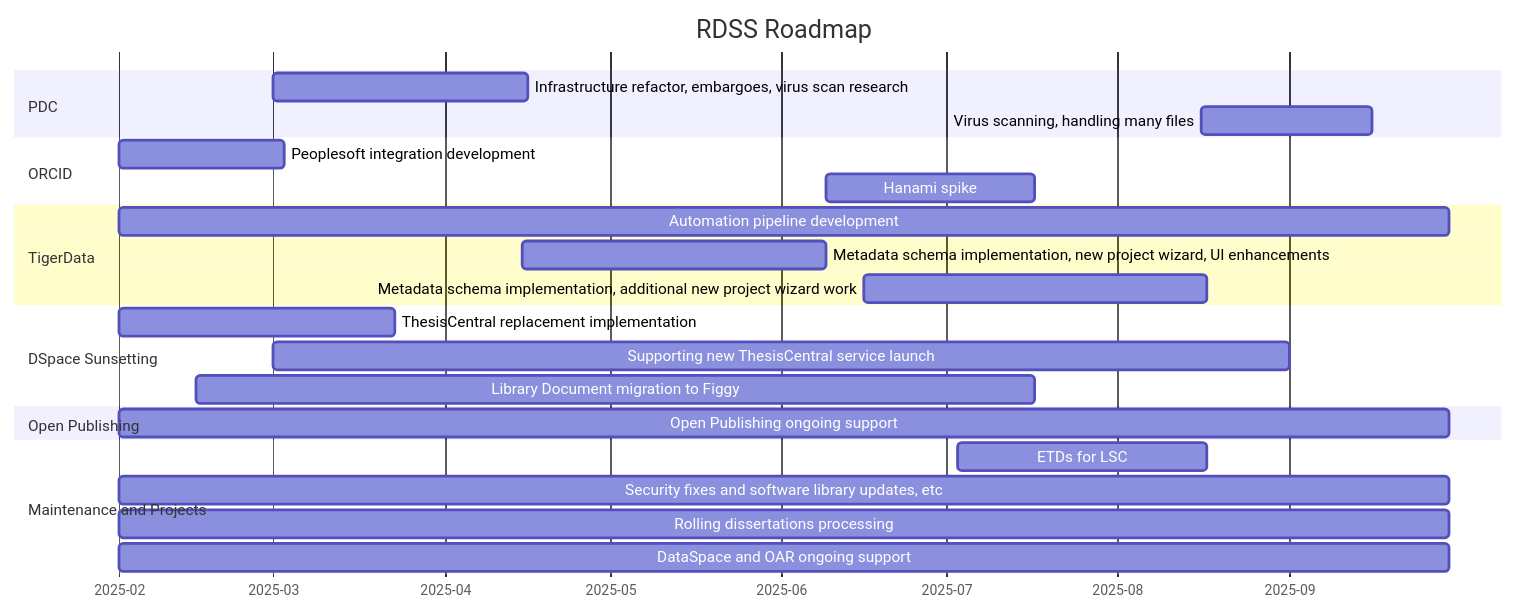
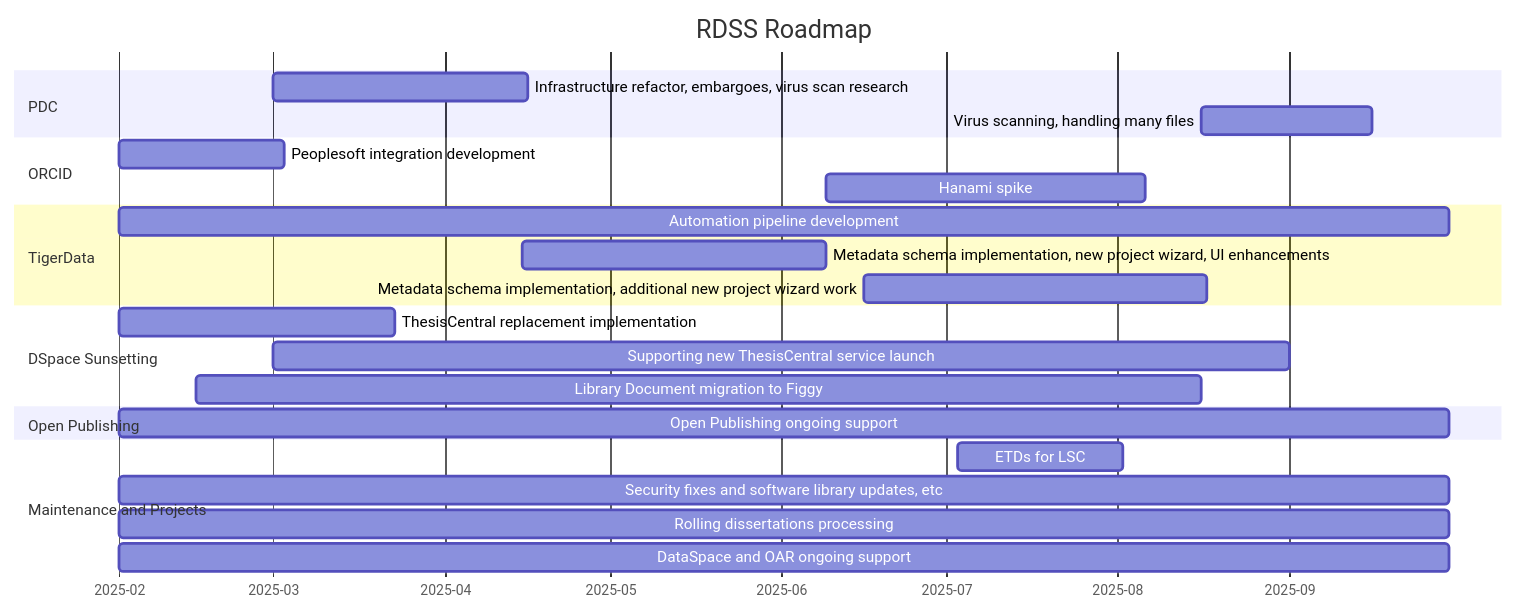
Before and after one commit to pulibrary/rdss-handbook: the diagram in roadmap.md, drawn with Mermaid. The commit also changed 1 other file, not shown here.

Commit message:
Updated roadmap and ORCID@Princeton entries

````diff
--- a/roadmap.md
+++ b/roadmap.md
@@ -5,27 +5,27 @@
 ```mermaid
 gantt
     title RDSS Roadmap
     axisFormat  %Y-%m
     dateformat YYYY-MM
     section PDC
     Infrastructure refactor, embargoes, virus scan research: pd3, 2025-03-01, 46d
     Virus scanning, handling many files: pd5, 2025-08-16, 31d
     section ORCID
     Peoplesoft integration development: or1,2025-02-01,30d
-    Hanami spike: 2025-06-09, 38d
+    Hanami spike: 2025-06-09, 58d
     section TigerData
     Automation pipeline development: td3,2025-02-01,241d 
     Metadata schema implementation, new project wizard, UI enhancements: td4, 2025-04-15,55d
     Metadata schema implementation, additional new project wizard work: td5, 2025-06-16,62d
     section DSpace Sunsetting
     ThesisCentral replacement implementation: dsps1,2025-02-01,50d
     Supporting new ThesisCentral service launch: dsps2,2025-03-01,184d
-    Library Document migration to Figgy: dsps3,2025-02-15,152d
+    Library Document migration to Figgy: dsps3,2025-02-15,182d
     section Open Publishing
     Open Publishing ongoing support: dsp3,2025-02-01,241d
     section Maintenance and Projects
-    ETDs for LSC: 2025-07-03,45d
+    ETDs for LSC: 2025-07-03,30d
     Security fixes and software library updates, etc: dsp1,2025-02-01,241d
     Rolling dissertations processing: dsp2,2025-02-01,241d
     DataSpace and OAR ongoing support: dsp3,2025-02-01,241d
 ```
````
